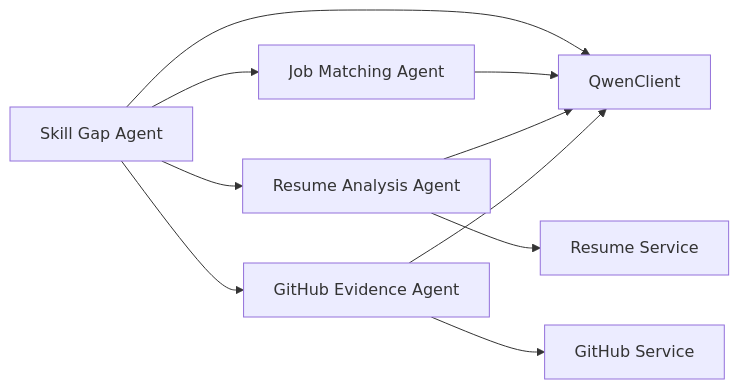
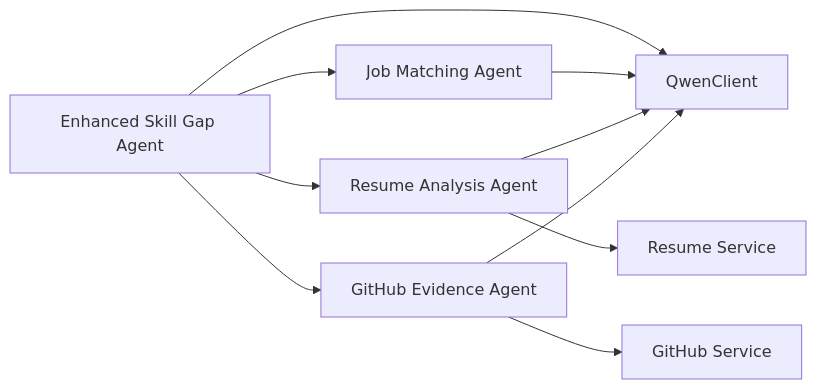
Before and after one commit to waqarimran342/CareerOS-AI: the fourth of 4 diagrams in .qoder/repowiki/en/content/Multi-Agent System/Skill Gap Agent.md, drawn with Mermaid. The commit also changed other lines of this file and 32 other files, not shown here.

````diff
--- a/.qoder/repowiki/en/content/Multi-Agent System/Skill Gap Agent.md
+++ b/.qoder/repowiki/en/content/Multi-Agent System/Skill Gap Agent.md
@@ -255,12 +269,12 @@
 ```mermaid
 graph LR
-GapAgent["Skill Gap Agent"] --> JobMatch["Job Matching Agent"]
+GapAgent["Enhanced Skill Gap Agent"] --> JobMatch["Job Matching Agent"]
 GapAgent --> ResumeAgent["Resume Analysis Agent"]
 GapAgent --> GitHubAgent["GitHub Evidence Agent"]
 GapAgent --> Qwen["QwenClient"]
 JobMatch --> Qwen
 ResumeAgent --> Qwen
 GitHubAgent --> Qwen
 GitHubAgent --> GH["GitHub Service"]
 ResumeAgent --> ResSvc["Resume Service"]
 ```
````
